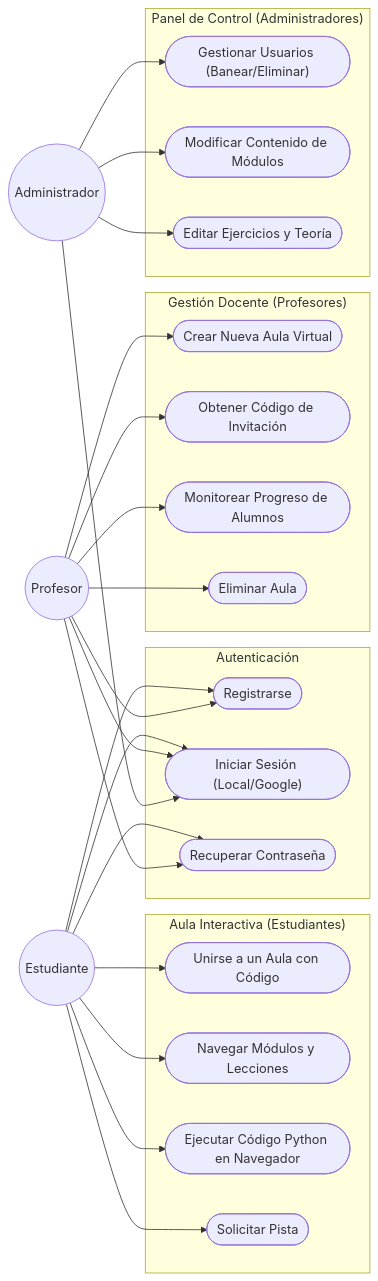
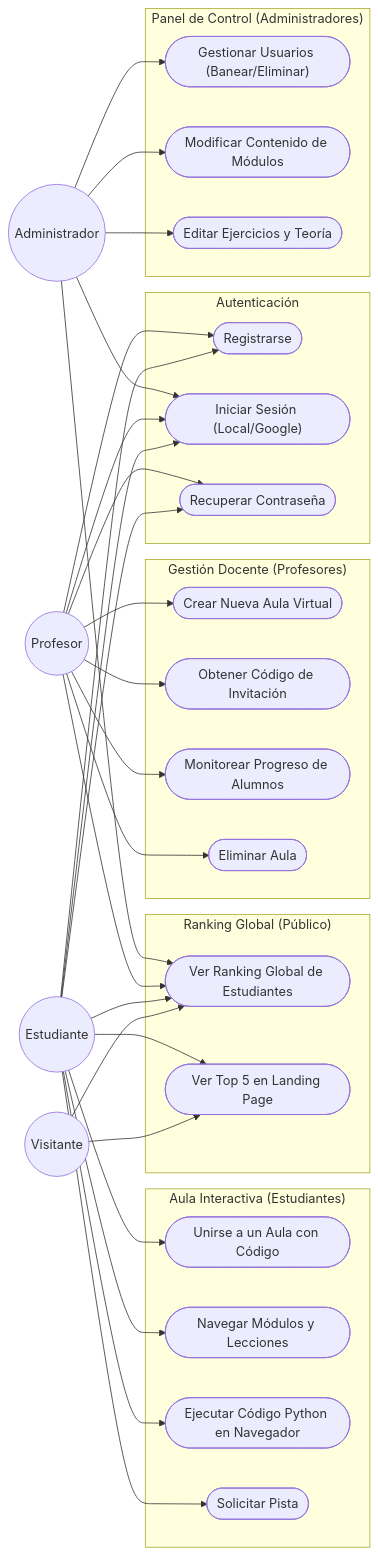
One commit to Victor0499/PyLearn changed the first of 5 diagrams in Back_Front/Diagramas.md. Above: the diagram before and after it, drawn with Mermaid. The commit also changed other lines of this file and 7 other files, not shown here.

````diff
--- a/Back_Front/Diagramas.md
+++ b/Back_Front/Diagramas.md
@@ -9,62 +9,76 @@
 ```mermaid
 flowchart LR
     %% Definición de Actores
+    Visitante(("Visitante"))
     Estudiante(("Estudiante"))
     Profesor(("Profesor"))
     Admin(("Administrador"))
 
     %% Casos de uso - Autenticación
     subgraph Autenticación ["Autenticación"]
         UC1(["Registrarse"])
         UC2(["Iniciar Sesión (Local/Google)"])
         UC3(["Recuperar Contraseña"])
     end
 
     %% Accesos de Autenticación
     Estudiante --> UC1
     Estudiante --> UC2
     Estudiante --> UC3
 
     Profesor --> UC1
     Profesor --> UC2
     Profesor --> UC3
 
     Admin --> UC2
 
     %% Casos de uso - Aprendizaje
     subgraph Estudiantes ["Aula Interactiva (Estudiantes)"]
         UC4(["Unirse a un Aula con Código"])
         UC5(["Navegar Módulos y Lecciones"])
         UC6(["Ejecutar Código Python en Navegador"])
         UC7(["Solicitar Pista"])
     end
 
     Estudiante --> UC4
     Estudiante --> UC5
     Estudiante --> UC6
     Estudiante --> UC7
 
     %% Casos de uso - Profesorado
     subgraph Profesores ["Gestión Docente (Profesores)"]
         UC8(["Crear Nueva Aula Virtual"])
         UC9(["Obtener Código de Invitación"])
         UC10(["Monitorear Progreso de Alumnos"])
         UC11(["Eliminar Aula"])
     end
 
     Profesor --> UC8
     Profesor --> UC9
     Profesor --> UC10
     Profesor --> UC11
 
     %% Casos de uso - Administración
     subgraph Administradores ["Panel de Control (Administradores)"]
         UC12(["Gestionar Usuarios (Banear/Eliminar)"])
         UC13(["Modificar Contenido de Módulos"])
         UC14(["Editar Ejercicios y Teoría"])
     end
 
     Admin --> UC12
     Admin --> UC13
     Admin --> UC14
+
+    %% Casos de uso - Ranking
+    subgraph Ranking ["Ranking Global (Público)"]
+        UC15(["Ver Ranking Global de Estudiantes"])
+        UC16(["Ver Top 5 en Landing Page"])
+    end
+
+    Visitante --> UC15
+    Visitante --> UC16
+    Estudiante --> UC15
+    Estudiante --> UC16
+    Profesor --> UC15
+    Admin --> UC15
 ```
````
